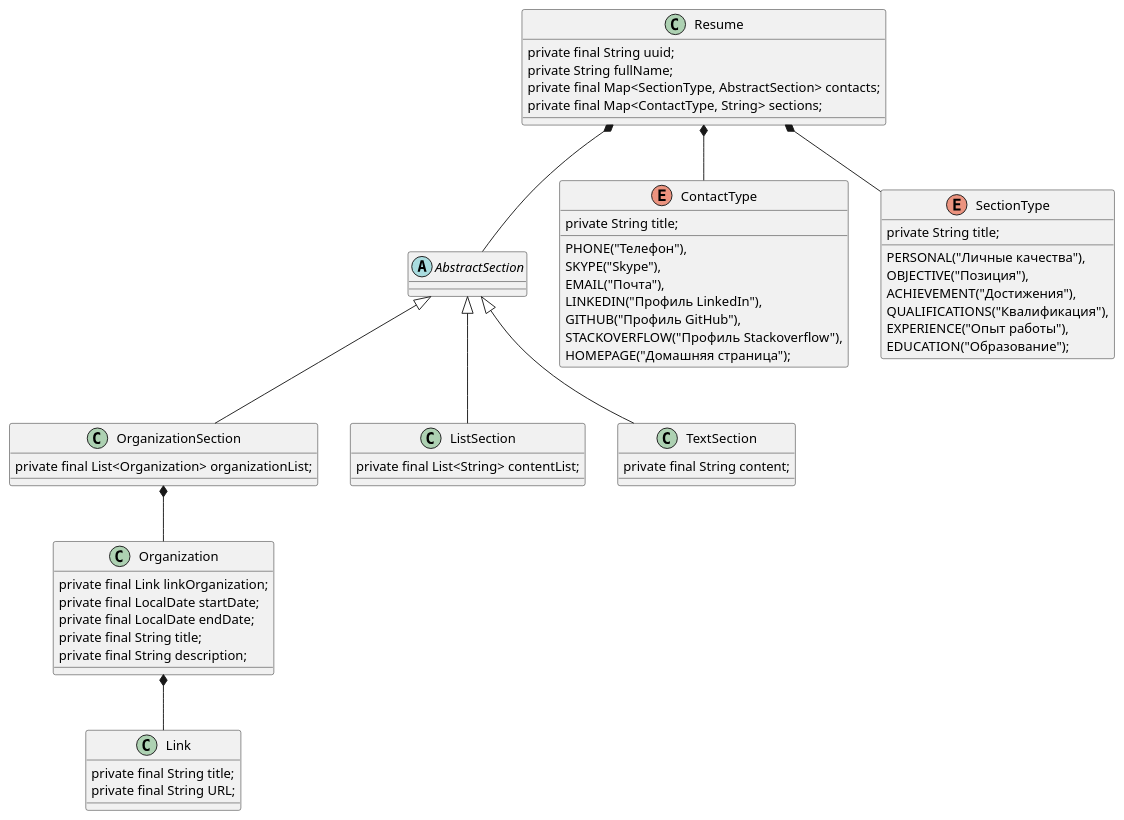
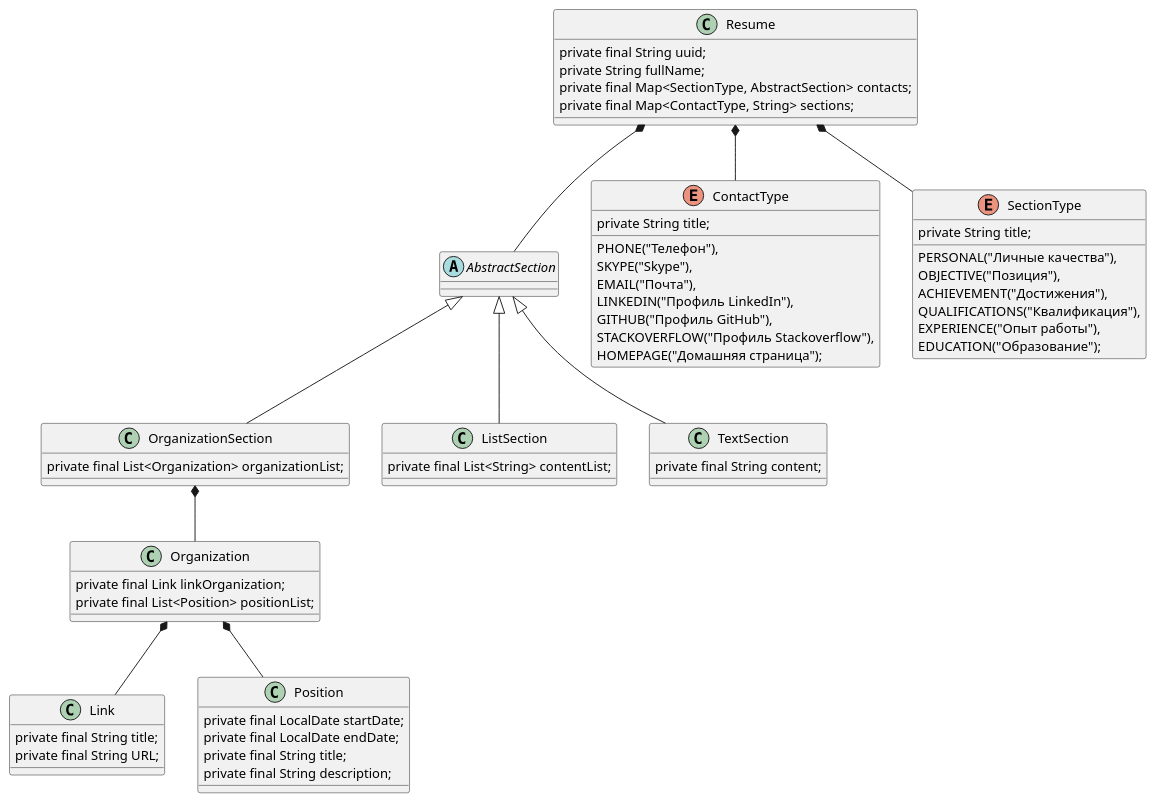
Before and after one commit to kssadomtsev/basejava: the diagram in src/com/mysite/webapp/model/Test.puml, drawn with PlantUML. The commit also changed 6 other files, not shown here.

```diff
--- a/src/com/mysite/webapp/model/Test.puml
+++ b/src/com/mysite/webapp/model/Test.puml
@@ -1,64 +1,69 @@
 @startuml
 
 abstract class AbstractSection {
 }
 
 class Link {
     private final String title;
     private final String URL;
 }
 
 enum ContactType {
     PHONE("Телефон"),
     SKYPE("Skype"),
     EMAIL("Почта"),
     LINKEDIN("Профиль LinkedIn"),
     GITHUB("Профиль GitHub"),
     STACKOVERFLOW("Профиль Stackoverflow"),
     HOMEPAGE("Домашняя страница");
 
     private String title;
 }
 
 enum SectionType {
     PERSONAL("Личные качества"),
     OBJECTIVE("Позиция"),
     ACHIEVEMENT("Достижения"),
     QUALIFICATIONS("Квалификация"),
     EXPERIENCE("Опыт работы"),
     EDUCATION("Образование");
 
     private String title;
 }
 
 class Organization {
     private final Link linkOrganization;
+    private final List<Position> positionList;
+    }
+
+class Position {
     private final LocalDate startDate;
     private final LocalDate endDate;
     private final String title;
     private final String description;
-    }
+}
 
  class OrganizationSection extends AbstractSection {
         private final List<Organization> organizationList;
   }
 
   class Resume {
       private final String uuid;
       private String fullName;
       private final Map<SectionType, AbstractSection> contacts;
       private final Map<ContactType, String> sections;
       }
 
   class ListSection extends AbstractSection {
       private final List<String> contentList;
       }
  class TextSection extends AbstractSection {
           private final String content;
           }
  Resume *-- AbstractSection
  Resume *-- SectionType
  Resume *-- ContactType
  OrganizationSection *-- Organization
  Organization *-- Link
+ Organization *-- Position
 @enduml
```
